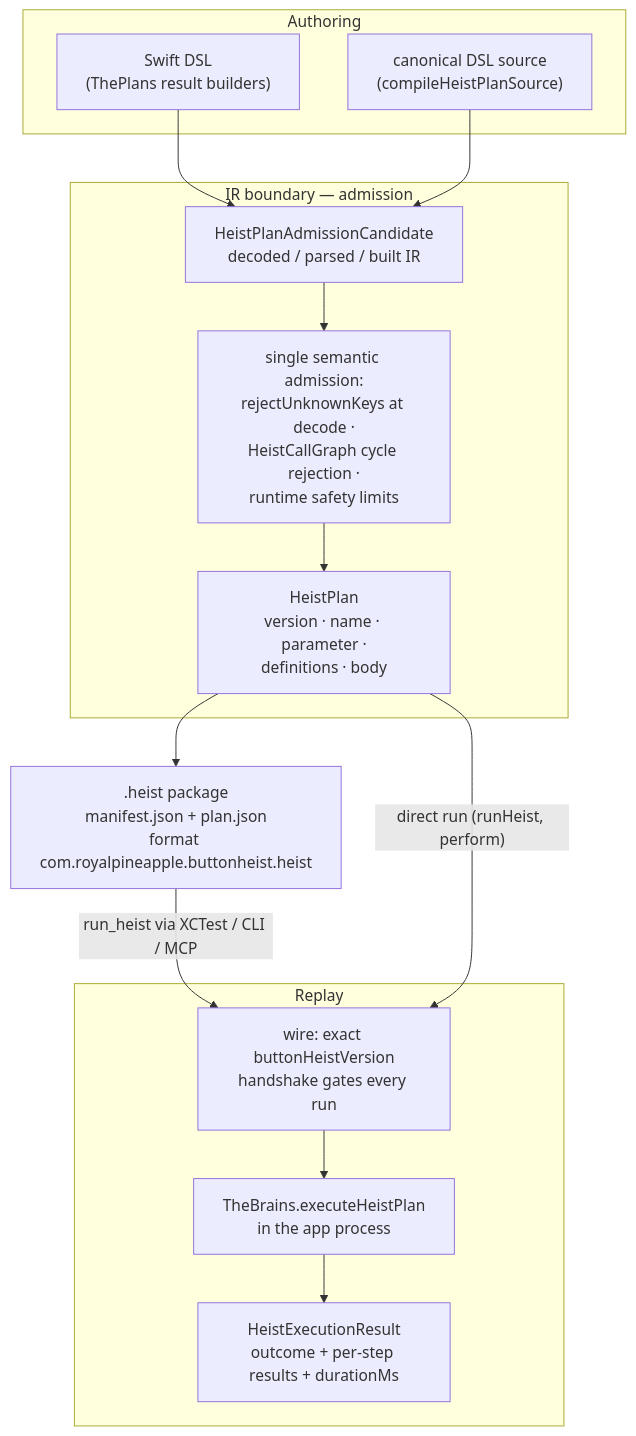
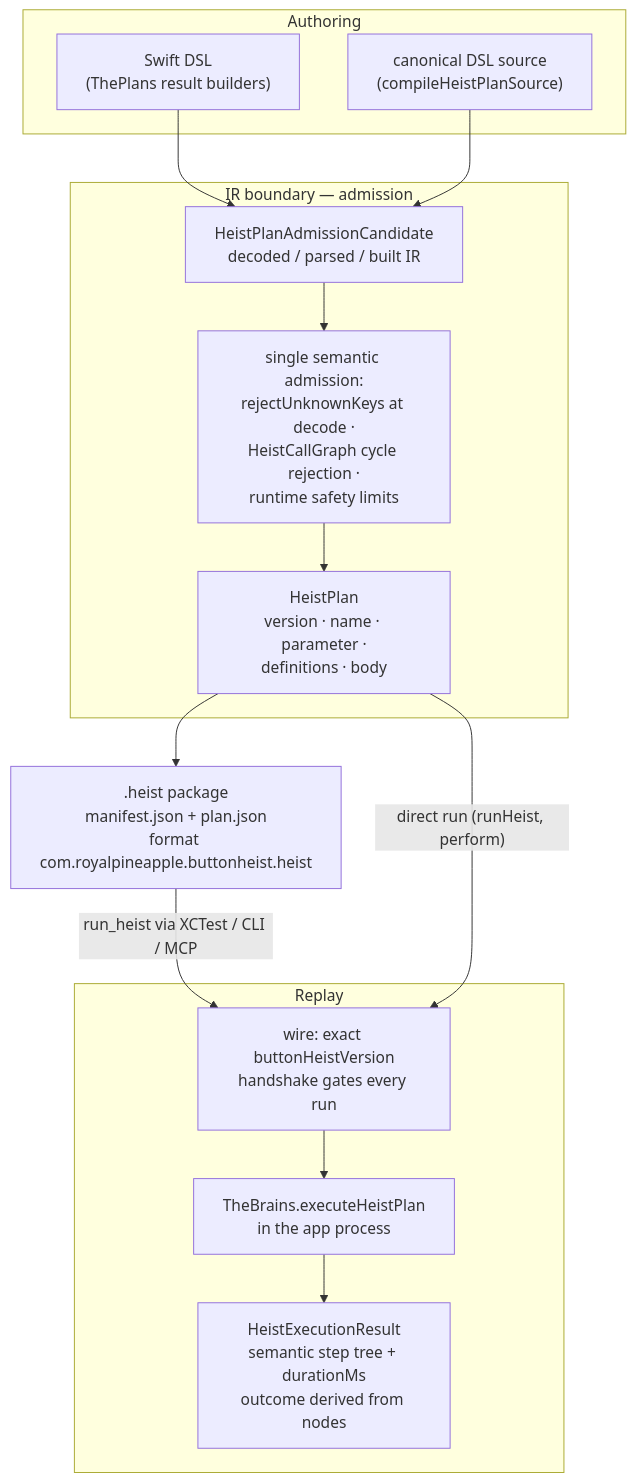
Before and after one commit to RoyalPineapple/TheButtonHeist: the diagram in docs/diagrams/heist-lifecycle.md, drawn with Mermaid. The commit also changed other lines of this file and 361 other files, not shown here.

Commit message:
Consolidate Button Heist runtime architecture (#1349)

````diff
--- a/docs/diagrams/heist-lifecycle.md
+++ b/docs/diagrams/heist-lifecycle.md
@@ -8,30 +8,30 @@
 ```mermaid
 flowchart TD
     subgraph author["Authoring"]
         SWIFT["Swift DSL<br/>(ThePlans result builders)"]
         SOURCE["canonical DSL source<br/>(compileHeistPlanSource)"]
     end
 
     subgraph ir["IR boundary — admission"]
         CANDIDATE["HeistPlanAdmissionCandidate<br/>decoded / parsed / built IR"]
         CHECKS["single semantic admission:<br/>rejectUnknownKeys at decode ·<br/>HeistCallGraph cycle rejection ·<br/>runtime safety limits"]
         PLAN["HeistPlan<br/>version · name · parameter ·<br/>definitions · body"]
         CANDIDATE --> CHECKS --> PLAN
     end
 
     HEIST[".heist package<br/>manifest.json + plan.json<br/>format com.royalpineapple.buttonheist.heist"]
 
     subgraph replay["Replay"]
         GATE["wire: exact buttonHeistVersion<br/>handshake gates every run"]
         BRAINS["TheBrains.executeHeistPlan<br/>in the app process"]
-        RECEIPT["HeistExecutionResult<br/>outcome + per-step results + durationMs"]
+        RECEIPT["HeistExecutionResult<br/>semantic step tree + durationMs<br/>outcome derived from nodes"]
         GATE --> BRAINS
         BRAINS --> RECEIPT
     end
 
     SWIFT --> CANDIDATE
     SOURCE --> CANDIDATE
     PLAN --> HEIST
     HEIST -- "run_heist via XCTest / CLI / MCP" --> GATE
     PLAN -- "direct run (runHeist, perform)" --> GATE
 ```
````
